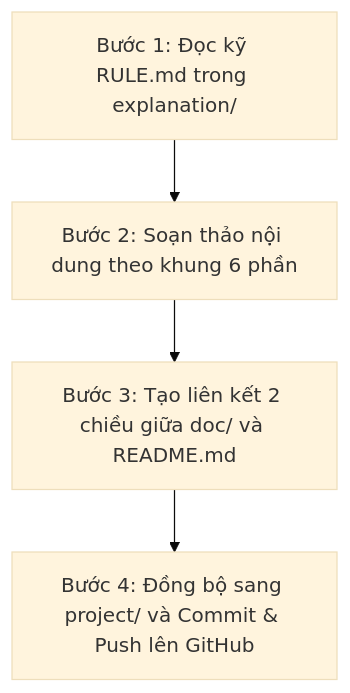
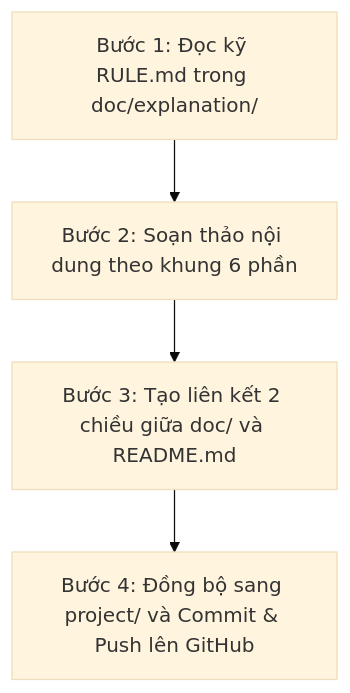
The diagram in doc/explanation/RULE.md (snowflake-vibing/Project-Experimental-TiDE), drawn with Mermaid (base theme) before and after one commit. The commit also changed other lines of this file and 17 other files, not shown here.

````diff
--- a/doc/explanation/RULE.md
+++ b/doc/explanation/RULE.md
@@ -132,6 +132,6 @@
 ```mermaid
 flowchart TD
-    Step1["Bước 1: Đọc kỹ RULE.md trong explanation/"] --> Step2["Bước 2: Soạn thảo nội dung theo khung 6 phần"]
+    Step1["Bước 1: Đọc kỹ RULE.md trong doc/explanation/"] --> Step2["Bước 2: Soạn thảo nội dung theo khung 6 phần"]
     Step2 --> Step3["Bước 3: Tạo liên kết 2 chiều giữa doc/ và README.md"]
     Step3 --> Step4["Bước 4: Đồng bộ sang project/ và Commit & Push lên GitHub"]
 ```
````
